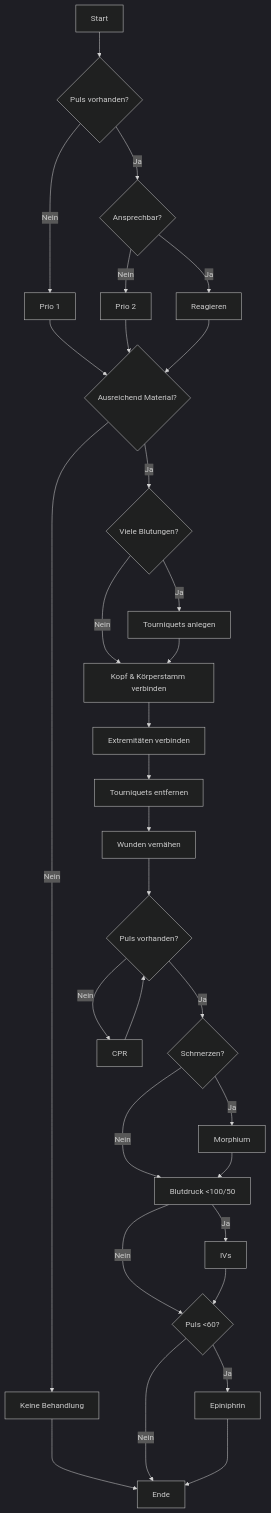
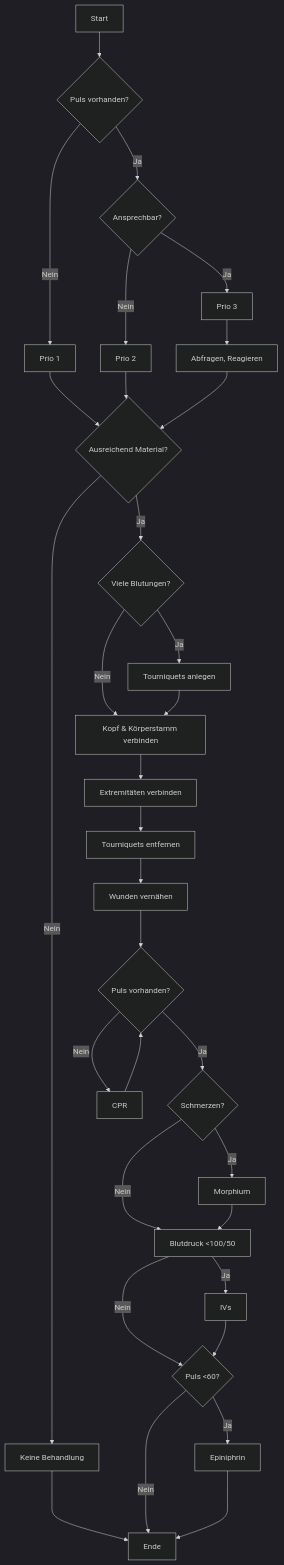
The diagram in arma3/ace3-medical.md (inten-gg/wiki), drawn with Mermaid (dark theme) before and after one commit. The commit also changed other lines of this file, not shown here.

Commit message:
docs: update arma3/ace3-medical

````diff
--- a/arma3/ace3-medical.md
+++ b/arma3/ace3-medical.md
@@ -67,33 +67,37 @@
 ```mermaid
 flowchart TD
     Start[Start] --> Puls{Puls vorhanden?}
     Puls -- Ja --> Ansprechbar{Ansprechbar?}
     Puls -- Nein --> Prio1[Prio 1]
-    Ansprechbar -- Ja --> Reagieren
+    Ansprechbar -- Ja --> Prio3[Prio 3]
     Ansprechbar -- Nein --> Prio2[Prio 2]
-    Prio1 --> Material{Ausreichend Material?}
+    Prio1 --> Material
     Prio2 --> Material
-    Reagieren --> Material
+    Prio3 --> Question[Abfragen, Reagieren]
+    Question --> Material{Ausreichend Material?}
     Material -- Ja --> VieleBlutungen{Viele Blutungen?}
     Material -- Nein --> Nope[Keine Behandlung]
     Nope ---> Ende
     VieleBlutungen -- Ja --> Tourniquets[Tourniquets anlegen]
     VieleBlutungen -- Nein --> Torso[Kopf & Körperstamm verbinden]
     Tourniquets --> Torso
     Torso --> Extreminaeten[Extremitäten verbinden]
     Extreminaeten --> TourniquetsDel[Tourniquets entfernen]
     TourniquetsDel --> Stitch[Wunden vernähen]
     Stitch --> PulsAfterStitch{Puls vorhanden?}
     PulsAfterStitch -- Ja --> Pain{Schmerzen?}
     PulsAfterStitch -- Nein --> CPR
     CPR --> PulsAfterStitch
     Pain -- Ja --> Morphium
     Pain -- Nein --> BloodPressure[Blutdruck <100/50]
     Morphium --> BloodPressure
     BloodPressure -- Ja --> IVs    
     BloodPressure -- Nein --> PulseAfterBloodPressure{Puls <60?}
     IVs --> PulseAfterBloodPressure
     PulseAfterBloodPressure -- Ja --> Epiniphrin
     PulseAfterBloodPressure -- Nein ---> Ende
-    Epiniphrin ---> Ende
+    Epiniphrin ---> Ende    
+		class Prio1 fc-node-red
+    class Prio2 fc-node-orange
+    class Prio3 fc-node-green
 ```
````
